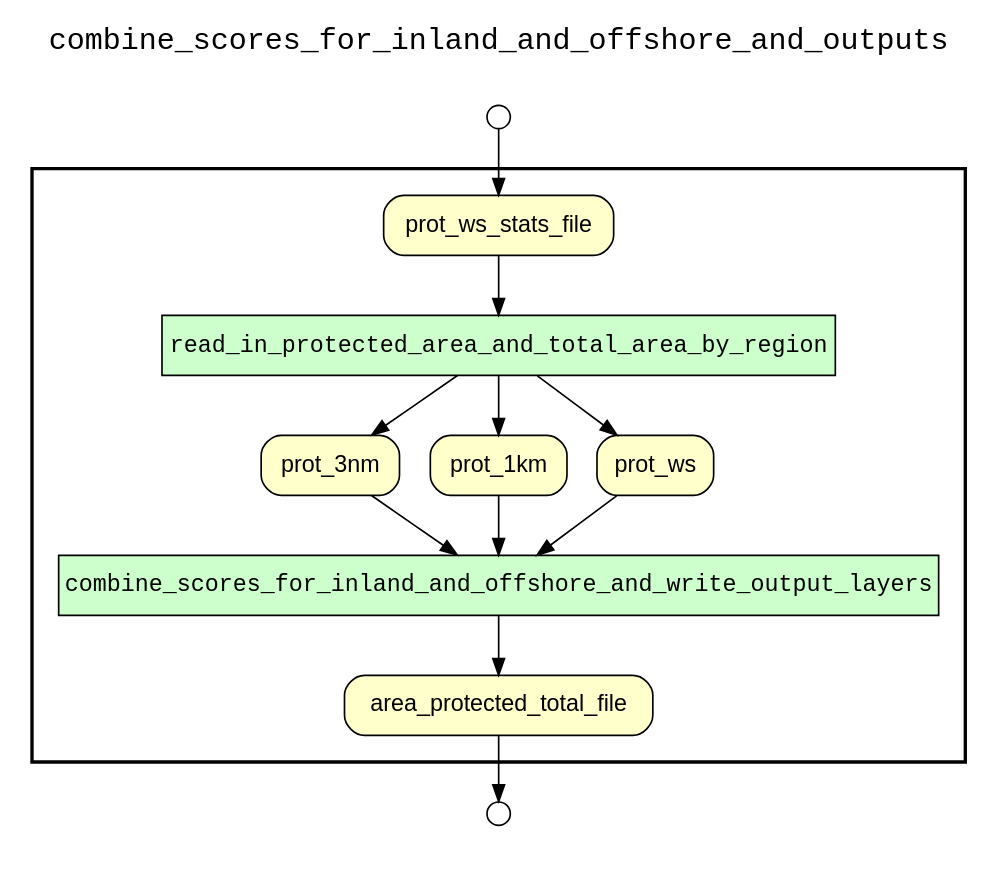
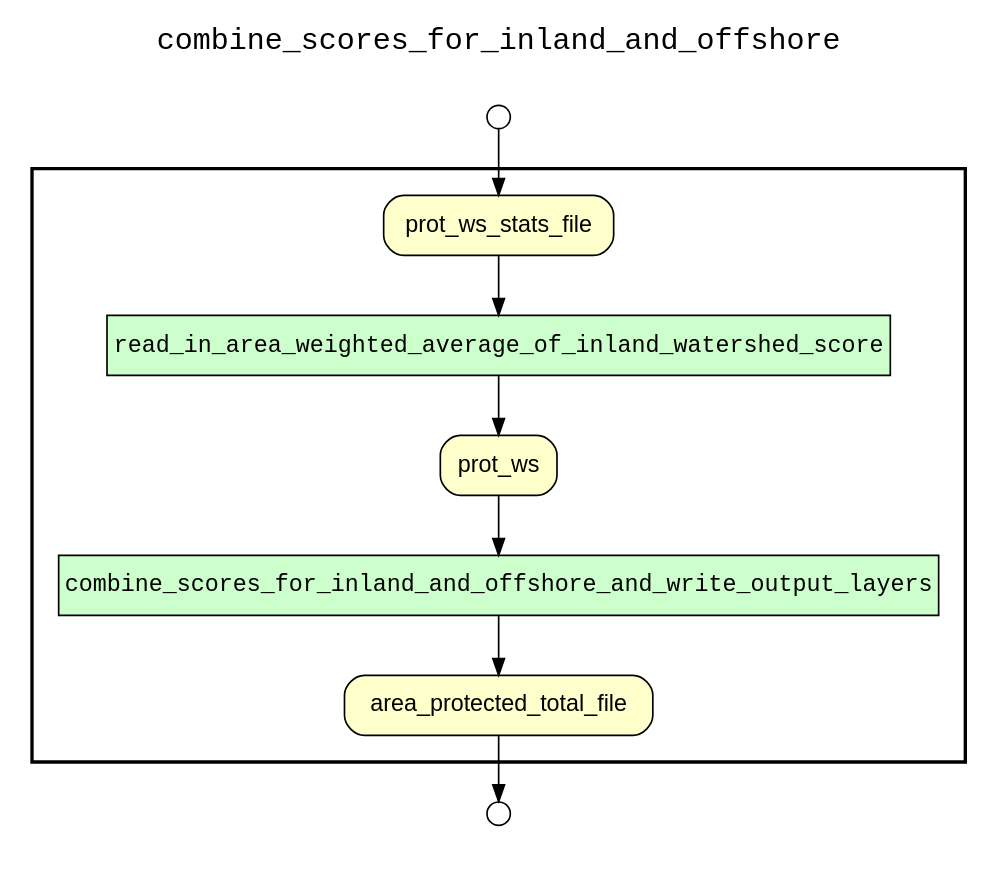
The diagram in examples/OHIBC_Howe_Sound/hybrid provenance queries/examples/combine_inland_and_offshore/results/wf_downstream_of_prot_ws_stats_file.gv (sycao5/runManager-multipleRuns), drawn with Graphviz before and after one commit. The commit also changed 67 other files, not shown here.

Commit message:
Update hybrid provenance results for lsp_zonal_stats.R, estimate_status_and_trend_by_year.R, and combine_inland_and_offshore.R

```diff
--- a/examples/OHIBC_Howe_Sound/hybrid provenance queries/examples/combine_inland_and_offshore/results/wf_downstream_of_prot_ws_stats_file.gv
+++ b/examples/OHIBC_Howe_Sound/hybrid provenance queries/examples/combine_inland_and_offshore/results/wf_downstream_of_prot_ws_stats_file.gv
@@ -1,40 +1,34 @@
 
 digraph yw_data_view {
 rankdir=TB
 fontname=Courier; fontsize=18; labelloc=t
-label="combine_scores_for_inland_and_offshore_and_outputs"
+label="combine_scores_for_inland_and_offshore"
 subgraph cluster_workflow { label=""; color=black; penwidth=2
 subgraph cluster_workflow_inner { label=""; color=white
 node[shape=box style="filled" fillcolor="#CCFFCC" peripheries=1 fontname=Courier]
 combine_scores_for_inland_and_offshore_and_write_output_layers
-read_in_protected_area_and_total_area_by_region
+read_in_area_weighted_average_of_inland_watershed_score
 node[shape=box style="filled" fillcolor="#CCFFCC" peripheries=1 fontname=Courier]
 node[shape=box style="rounded,filled" fillcolor="#FFFFCC" peripheries=1 fontname=Helvetica]
 prot_ws_stats_file
-prot_3nm
-prot_1km
 prot_ws
 area_protected_total_file
 node[shape=box style="rounded,filled" fillcolor="#FFFFFF" peripheries=1 fontname=Helvetica]
 }}
 subgraph cluster_inflows { label=""; color=white; penwidth=2
 subgraph cluster_inflows_inner { label=""; color=white
 node[shape=circle fillcolor="#FFFFFF" peripheries=1 width=0.2]
 prot_ws_stats_file_inflow [label=""]
 }}
 subgraph cluster_outflows { label=""; color=white; penwidth=2
 subgraph cluster_outflows_inner { label=""; color=white
 node[shape=circle fillcolor="#FFFFFF" peripheries=1 width=0.2]
 area_protected_total_file_outflow [label=""]
 }}
 combine_scores_for_inland_and_offshore_and_write_output_layers -> area_protected_total_file
-read_in_protected_area_and_total_area_by_region -> prot_ws
-read_in_protected_area_and_total_area_by_region -> prot_1km
-read_in_protected_area_and_total_area_by_region -> prot_3nm
-prot_ws_stats_file -> read_in_protected_area_and_total_area_by_region
-prot_3nm -> combine_scores_for_inland_and_offshore_and_write_output_layers
-prot_1km -> combine_scores_for_inland_and_offshore_and_write_output_layers
+read_in_area_weighted_average_of_inland_watershed_score -> prot_ws
+prot_ws_stats_file -> read_in_area_weighted_average_of_inland_watershed_score
 prot_ws -> combine_scores_for_inland_and_offshore_and_write_output_layers
 prot_ws_stats_file_inflow -> prot_ws_stats_file
 area_protected_total_file -> area_protected_total_file_outflow
 }
```
